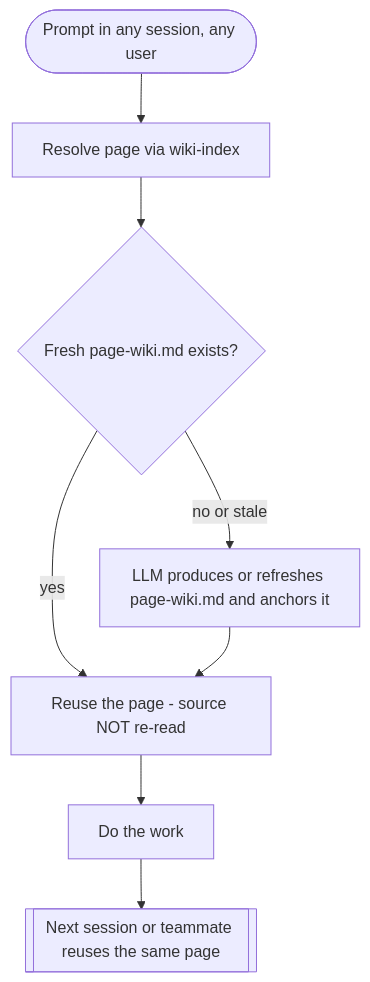
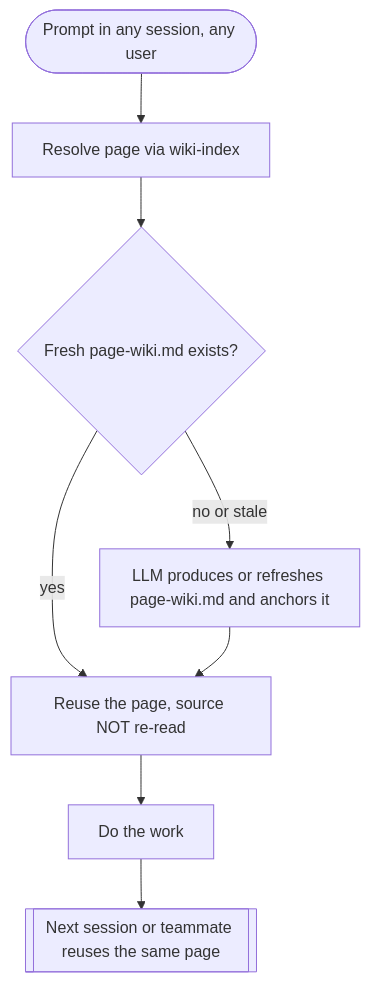
Before and after one commit to arungudelli/arungudelli: the second of 2 diagrams in content/en/ai/page-wiki-durable-codebase-knowledge.md, drawn with Mermaid. The commit also changed other lines of this file, not shown here.

Commit message:
Fix Mermaid v12 syntax errors: quote flowchart labels
Mermaid 11/12 made the flowchart parser strict about special characters
(-, ., ?, parens) in node labels; they must be quoted now. Quote every
flowchart label and drop parentheses from the sequence alt/else labels.

```diff
--- a/content/en/ai/page-wiki-durable-codebase-knowledge.md
+++ b/content/en/ai/page-wiki-durable-codebase-knowledge.md
@@ -373,10 +373,10 @@
 {{< mermaid >}}
 flowchart TD
-    P([Prompt in any session, any user]) --> R[Resolve page via wiki-index]
-    R --> Q{Fresh page-wiki.md exists?}
-    Q -- yes --> RE[Reuse the page - source NOT re-read]
-    Q -- no or stale --> GEN[LLM produces or refreshes page-wiki.md and anchors it]
+    P(["Prompt in any session, any user"]) --> R["Resolve page via wiki-index"]
+    R --> Q{"Fresh page-wiki.md exists?"}
+    Q -- yes --> RE["Reuse the page, source NOT re-read"]
+    Q -- no or stale --> GEN["LLM produces or refreshes page-wiki.md and anchors it"]
     GEN --> RE
-    RE --> W[Do the work]
-    W --> N[[Next session or teammate reuses the same page]]
+    RE --> W["Do the work"]
+    W --> N[["Next session or teammate reuses the same page"]]
 {{< /mermaid >}}
```
